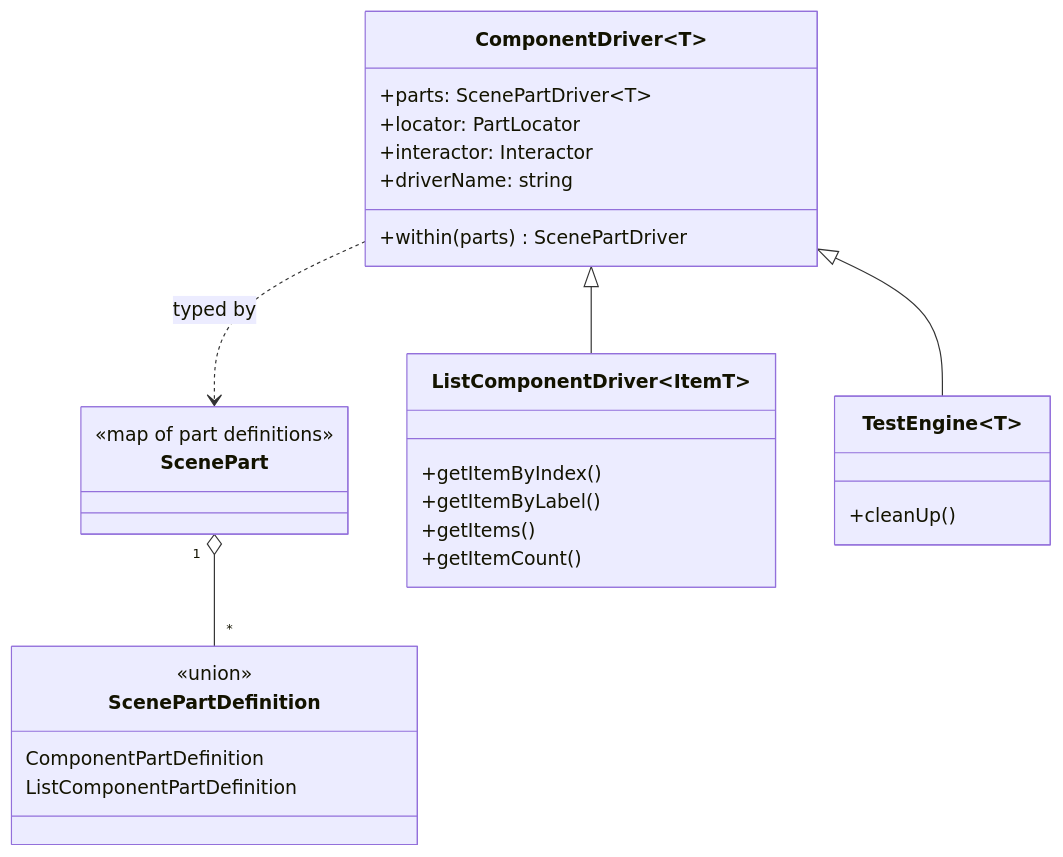
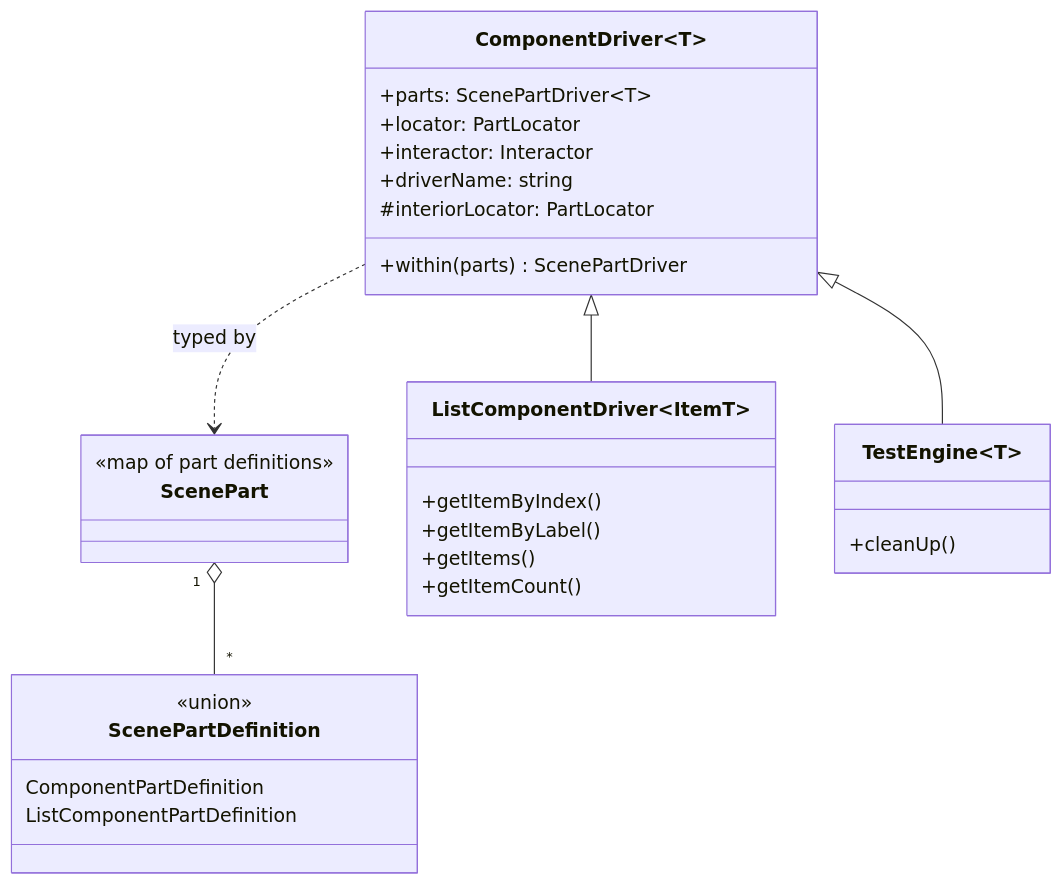
One commit to atomic-testing/atomic-testing changed the diagram in agent-docs/DOMAIN.md. Above: the diagram before and after it, drawn with Mermaid. The commit also changed 29 other files, not shown here.

````diff
--- a/agent-docs/DOMAIN.md
+++ b/agent-docs/DOMAIN.md
@@ -28,31 +28,32 @@
 ```mermaid
 classDiagram
     class ScenePart {
       <<map of part definitions>>
     }
     class ScenePartDefinition {
       <<union>>
       ComponentPartDefinition
       ListComponentPartDefinition
     }
     class ComponentDriver~T~ {
       +parts: ScenePartDriver~T~
       +locator: PartLocator
       +interactor: Interactor
       +driverName: string
       +within(parts) ScenePartDriver
+      #interiorLocator: PartLocator
     }
     class ListComponentDriver~ItemT~ {
       +getItemByIndex()
       +getItemByLabel()
       +getItems()
       +getItemCount()
     }
     class TestEngine~T~ {
       +cleanUp()
     }
     ScenePart "1" o-- "*" ScenePartDefinition
     ComponentDriver <|-- ListComponentDriver
     ComponentDriver <|-- TestEngine
     ComponentDriver ..> ScenePart : typed by
 ```
````
